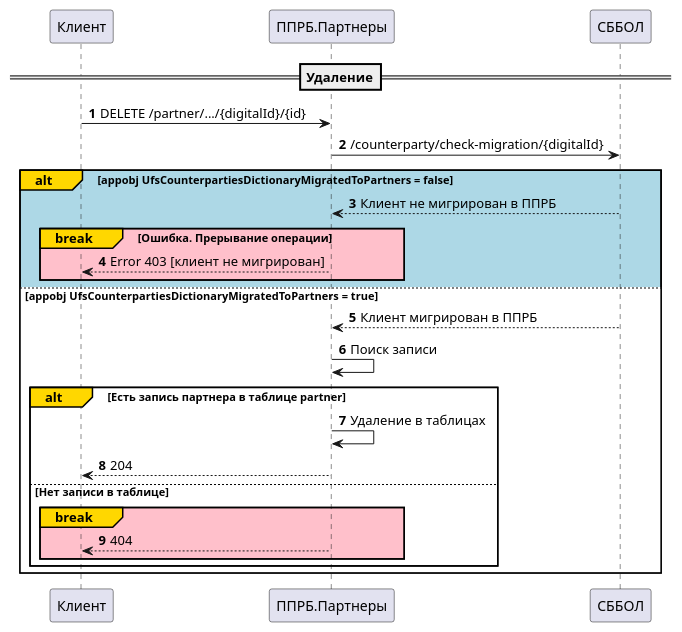
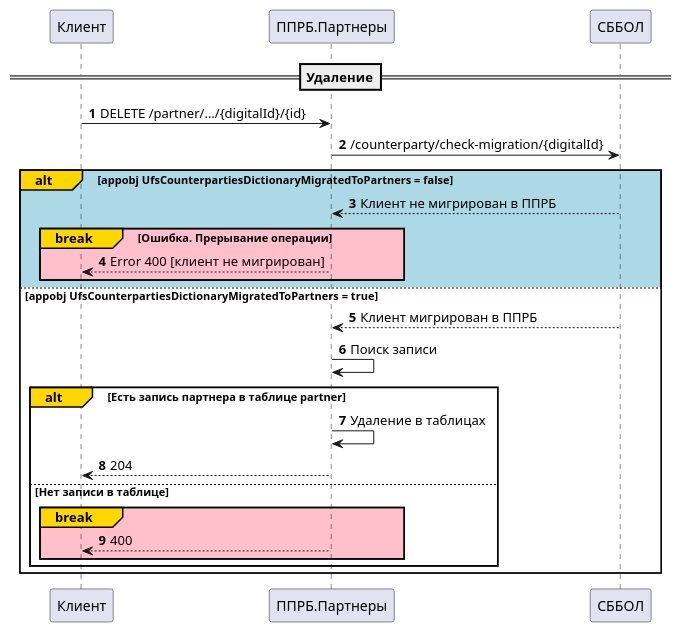
Before and after one commit to SSV4791/sbbol-partners: the diagram in docs/diagrams/replication/Iteration 1/delete_document_contact_phone_email_address.puml, drawn with PlantUML. The commit also changed 294 other files, not shown here.

```diff
--- a/docs/diagrams/replication/Iteration 1/delete_document_contact_phone_email_address.puml
+++ b/docs/diagrams/replication/Iteration 1/delete_document_contact_phone_email_address.puml
@@ -1,24 +1,24 @@
 @startuml
 'https://plantuml.com/sequence-diagram
 autonumber
 ==Удаление==
 Клиент -> ППРБ.Партнеры: DELETE /partner/.../{digitalId}/{id}
 ППРБ.Партнеры -> СББОЛ: /counterparty/check-migration/{digitalId}
 alt#Gold #lightblue appobj UfsCounterpartiesDictionaryMigratedToPartners = false
 СББОЛ --> ППРБ.Партнеры: Клиент не мигрирован в ППРБ
 break#Gold #Pink Ошибка. Прерывание операции
-ППРБ.Партнеры --> Клиент: Error 403 [клиент не мигрирован]
+ППРБ.Партнеры --> Клиент: Error 400 [клиент не мигрирован]
 end
 else #white appobj UfsCounterpartiesDictionaryMigratedToPartners = true
 СББОЛ --> ППРБ.Партнеры: Клиент мигрирован в ППРБ
 ППРБ.Партнеры -> ППРБ.Партнеры: Поиск записи
 alt#Gold Есть запись партнера в таблице partner
 ППРБ.Партнеры -> ППРБ.Партнеры: Удаление в таблицах
 ППРБ.Партнеры --> Клиент: 204
 else Нет записи в таблице
 break#gold #pink
-ППРБ.Партнеры --> Клиент: 404
+ППРБ.Партнеры --> Клиент: 400
 end
 end
 end
 @enduml
```
